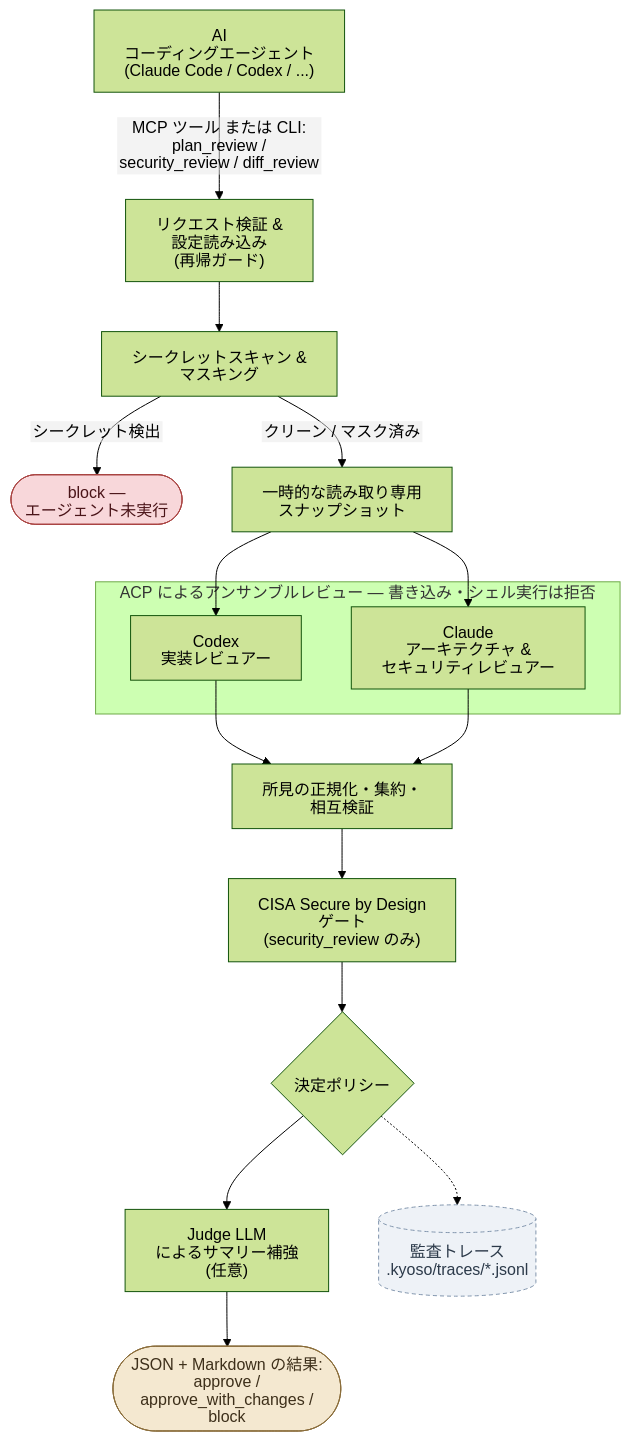
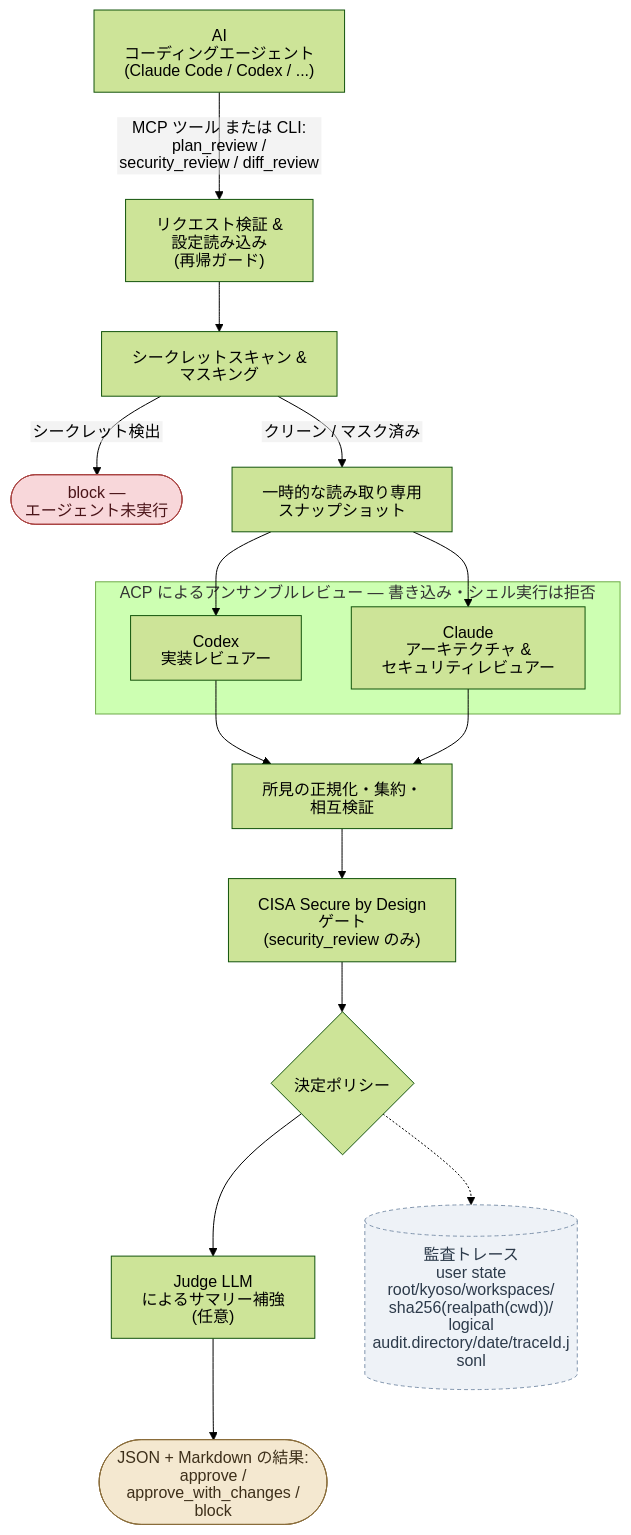
The diagram in docs/assets/kyoso-review-flow.ja.mmd (hokupod/kyoso), drawn with Mermaid (forest theme) before and after one commit. The commit also changed 26 other files, not shown here.

```diff
--- a/docs/assets/kyoso-review-flow.ja.mmd
+++ b/docs/assets/kyoso-review-flow.ja.mmd
@@ -1,33 +1,33 @@
 %% レビュー実行フロー(日本語)
 %% SVG 再生成: bunx -p @mermaid-js/mermaid-cli mmdc -i docs/assets/kyoso-review-flow.ja.mmd -o docs/assets/kyoso-review-flow.ja.svg -b white
 %%{init: {"htmlLabels": false, "flowchart": {"htmlLabels": false}} }%%
 flowchart TD
     Client["AI コーディングエージェント<br/>(Claude Code / Codex / ...)"]
     Client -->|"MCP ツール または CLI:<br/>plan_review / security_review / diff_review"| Validate
 
     Validate["リクエスト検証 & 設定読み込み<br/>(再帰ガード)"] --> Scan["シークレットスキャン &<br/>マスキング"]
     Scan -->|"シークレット検出"| Blocked(["block — エージェント未実行"])
     Scan -->|"クリーン / マスク済み"| Snapshot["一時的な読み取り専用<br/>スナップショット"]
 
     subgraph Ensemble["ACP によるアンサンブルレビュー — 書き込み・シェル実行は拒否"]
         Codex["Codex<br/>実装レビュアー"]
         Claude["Claude<br/>アーキテクチャ & セキュリティレビュアー"]
     end
 
     Snapshot --> Codex
     Snapshot --> Claude
     Codex --> Aggregate
     Claude --> Aggregate
 
     Aggregate["所見の正規化・集約・<br/>相互検証"] --> Cisa["CISA Secure by Design ゲート<br/>(security_review のみ)"]
     Cisa --> Decision{"決定ポリシー"}
     Decision --> Judge["Judge LLM によるサマリー補強<br/>(任意)"]
     Judge --> Result(["JSON + Markdown の結果:<br/>approve / approve_with_changes / block"])
-    Decision -.-> Trace[("監査トレース<br/>.kyoso/traces/*.jsonl")]
+    Decision -.-> Trace[("監査トレース<br/>user state root/kyoso/workspaces/<br/>sha256(realpath(cwd))/<br/>logical audit.directory/date/traceId.jsonl")]
 
     classDef terminal fill:#f4e8d0,stroke:#8a6d3b,color:#3d2f1a
     classDef blocked fill:#f8d7da,stroke:#a94442,color:#4a1418
     classDef side fill:#eef2f7,stroke:#8195ad,color:#2c3a4a,stroke-dasharray: 4 3
     class Result terminal
     class Blocked blocked
     class Trace side
```
